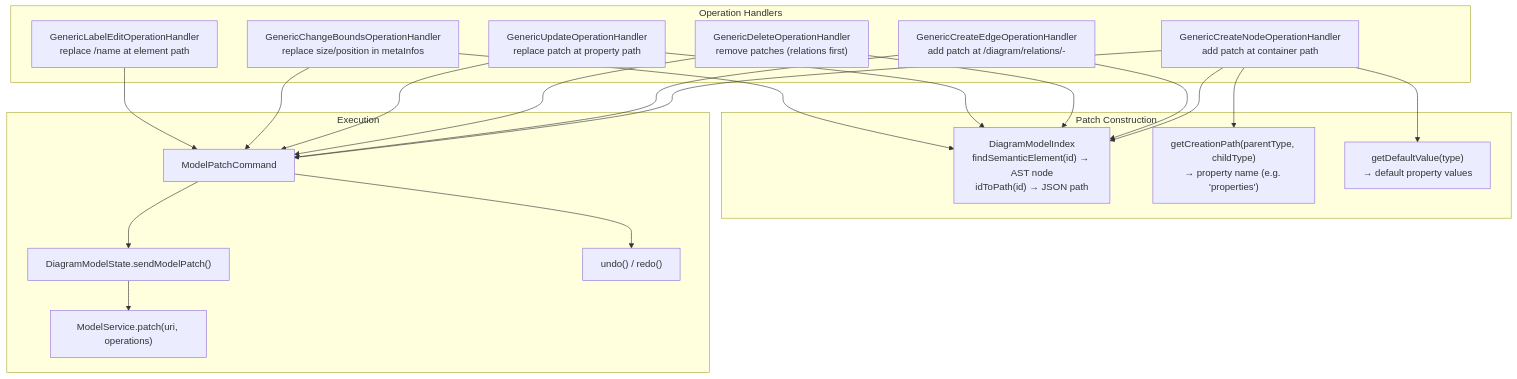
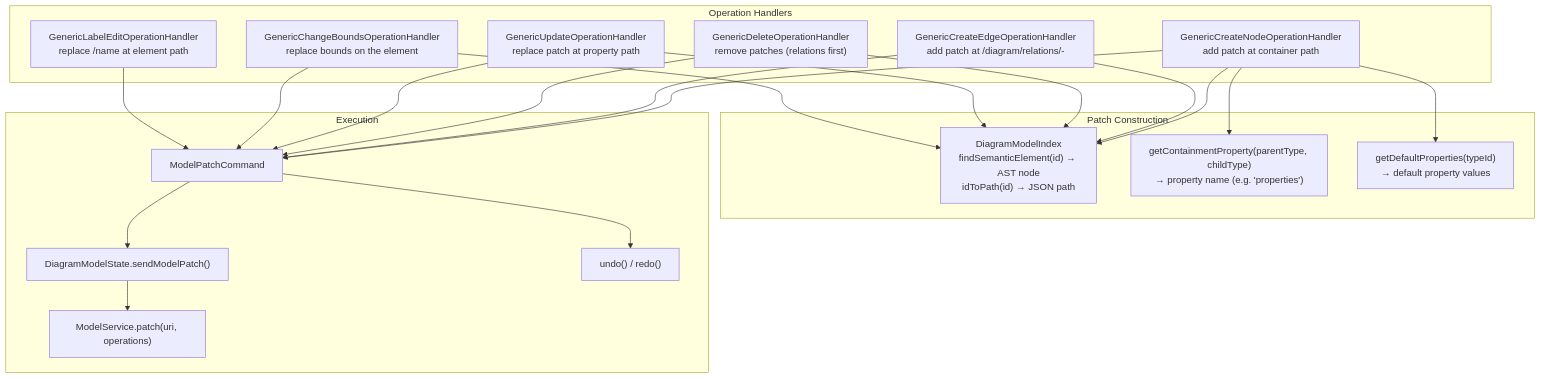
The sixth of 7 diagrams in client/docs/glsp-server-architecture.md (borkdominik/bigUML), drawn with Mermaid before and after one commit. The commit also changed other lines of this file and 522 other files, not shown here.

First line of the commit message:
Improve UML language  (#224)

````diff
--- a/client/docs/glsp-server-architecture.md
+++ b/client/docs/glsp-server-architecture.md
@@ -273,41 +273,41 @@
 ```mermaid
 flowchart TD
     subgraph "Operation Handlers"
         CN["GenericCreateNodeOperationHandler<br>add patch at container path"]
         CE["GenericCreateEdgeOperationHandler<br>add patch at /diagram/relations/-"]
         DEL["GenericDeleteOperationHandler<br>remove patches (relations first)"]
         UPD["GenericUpdateOperationHandler<br>replace patch at property path"]
-        CB["GenericChangeBoundsOperationHandler<br>replace size/position in metaInfos"]
+        CB["GenericChangeBoundsOperationHandler<br>replace bounds on the element"]
         LE["GenericLabelEditOperationHandler<br>replace /name at element path"]
     end
 
     subgraph "Patch Construction"
         IDX["DiagramModelIndex<br>findSemanticElement(id) → AST node<br>idToPath(id) → JSON path"]
-        CP["getCreationPath(parentType, childType)<br>→ property name (e.g. 'properties')"]
-        DV["getDefaultValue(type)<br>→ default property values"]
+        CP["getContainmentProperty(parentType, childType)<br>→ property name (e.g. 'properties')"]
+        DV["getDefaultProperties(typeId)<br>→ default property values"]
     end
 
     CN --> IDX
     CN --> CP
     CN --> DV
     CE --> IDX
     DEL --> IDX
     UPD --> IDX
     CB --> IDX
 
     subgraph "Execution"
         CMD["ModelPatchCommand"]
         SMP["DiagramModelState.sendModelPatch()"]
         MSP["ModelService.patch(uri, operations)"]
         UNDO["undo() / redo()"]
     end
 
     CN --> CMD
     CE --> CMD
     DEL --> CMD
     UPD --> CMD
     CB --> CMD
     LE --> CMD
     CMD --> SMP --> MSP
     CMD --> UNDO
 ```
````
